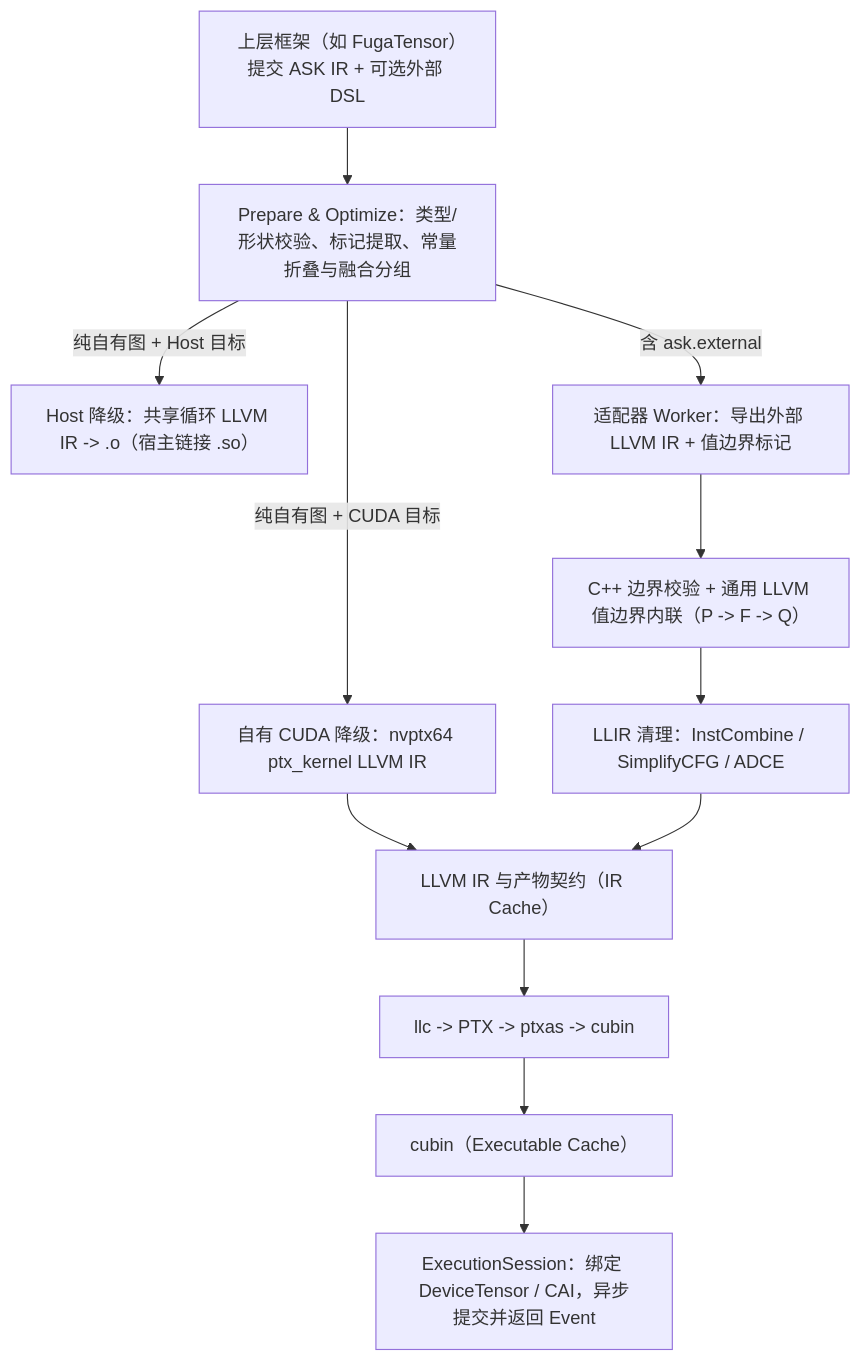
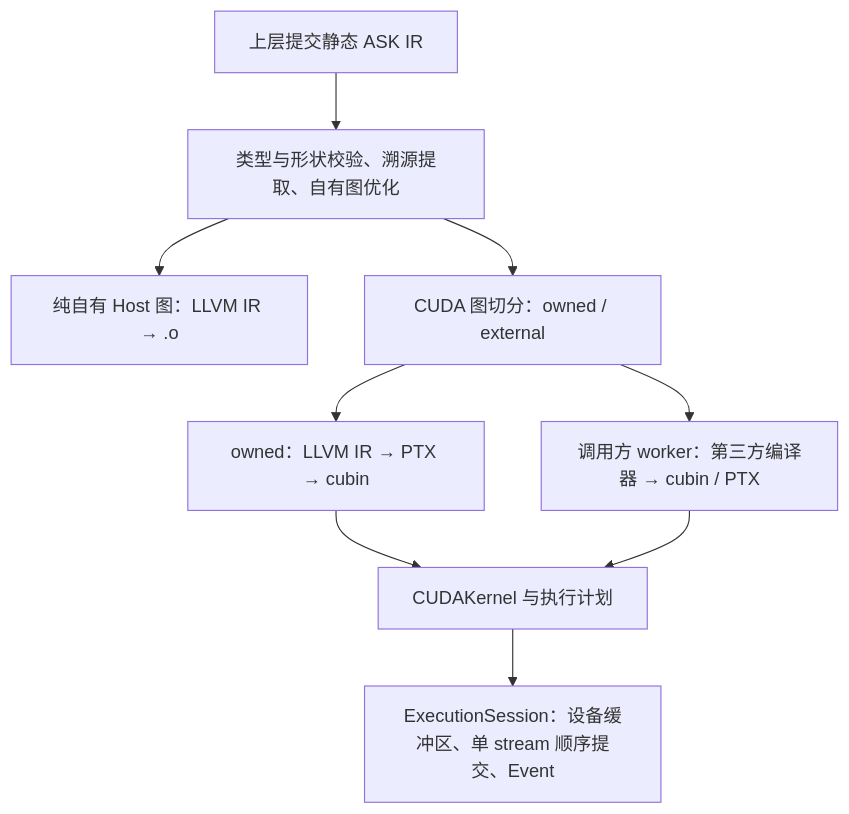
The diagram in docs/核心思想.md (fugatensor/ask), drawn with Mermaid before and after one commit. The commit also changed other lines of this file and 88 other files, not shown here.

First line of the commit message:
移除第三方融合并以 cubin/PTX 接口统一外部调度

````diff
--- a/docs/核心思想.md
+++ b/docs/核心思想.md
@@ -81,14 +71,11 @@
 ```mermaid
 flowchart TD
-    F["上层框架（如 FugaTensor）提交 ASK IR + 可选外部 DSL"] --> P["Prepare & Optimize：类型/形状校验、标记提取、常量折叠与融合分组"]
-    P -->|纯自有图 + Host 目标| H["Host 降级：共享循环 LLVM IR -> .o（宿主链接 .so）"]
-    P -->|纯自有图 + CUDA 目标| G["自有 CUDA 降级：nvptx64 ptx_kernel LLVM IR"]
-    P -->|含 ask.external| W["适配器 Worker：导出外部 LLVM IR + 值边界标记"]
-    W --> I["C++ 边界校验 + 通用 LLVM 值边界内联（P -> F -> Q）"]
-    G --> L["LLVM IR 与产物契约（IR Cache）"]
-    I --> O["LLIR 清理：InstCombine / SimplifyCFG / ADCE"]
-    O --> L
-    L --> C["llc -> PTX -> ptxas -> cubin"]
-    C --> E["cubin（Executable Cache）"]
-    E --> R["ExecutionSession：绑定 DeviceTensor / CAI，异步提交并返回 Event"]
+    F["上层提交静态 ASK IR"] --> P["类型与形状校验、溯源提取、自有图优化"]
+    P --> H["纯自有 Host 图：LLVM IR → .o"]
+    P --> S["CUDA 图切分：owned / external"]
+    S --> G["owned：LLVM IR → PTX → cubin"]
+    S --> W["调用方 worker：第三方编译器 → cubin / PTX"]
+    G --> E["CUDAKernel 与执行计划"]
+    W --> E
+    E --> R["ExecutionSession：设备缓冲区、单 stream 顺序提交、Event"]
 ```
````
